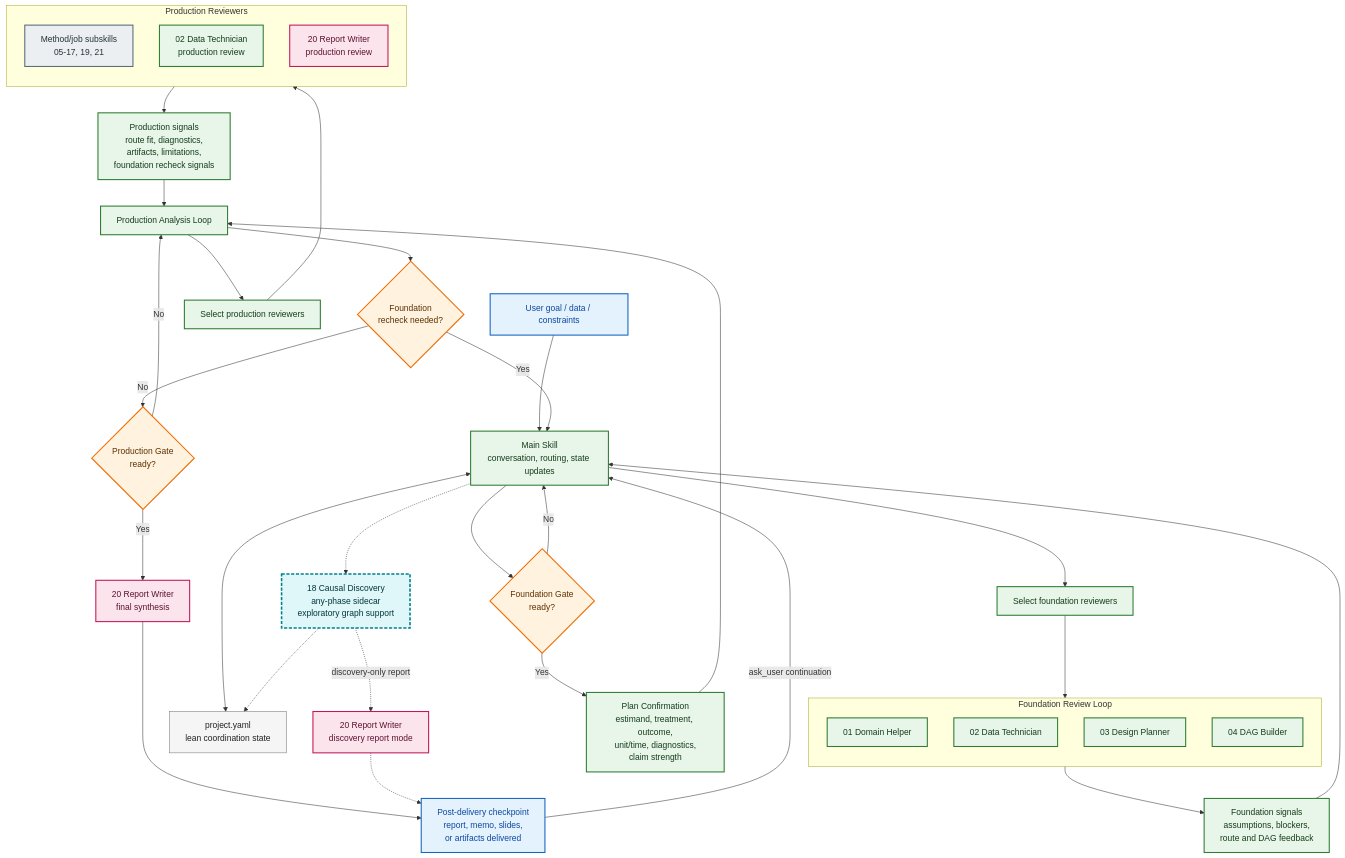
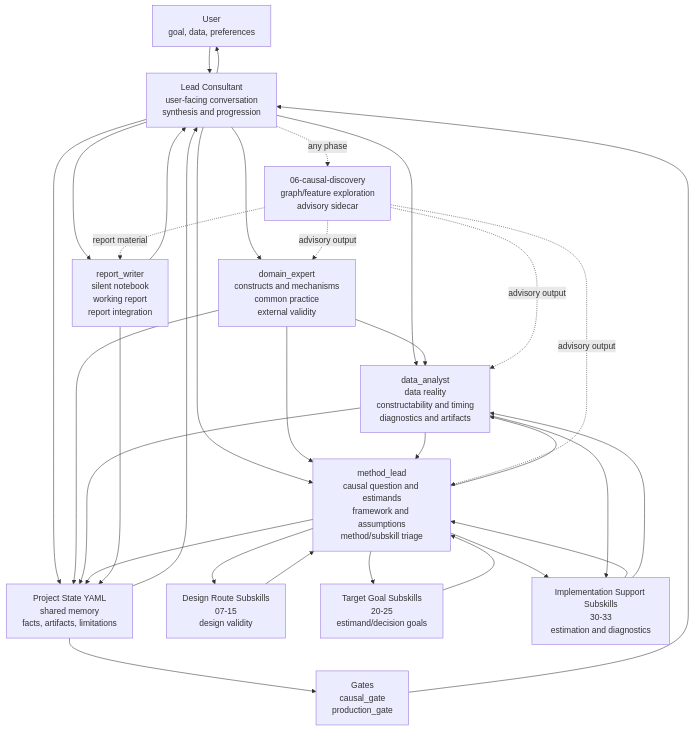
One commit to rqzhu-aide/causal-consultant changed the diagram in assets/workflow-mermaid.md. Above: the diagram before and after it, drawn with Mermaid. The commit also changed other lines of this file and 410 other files, not shown here.

Commit message:
Rebuild causal consultant v2 architecture

````diff
--- a/assets/workflow-mermaid.md
+++ b/assets/workflow-mermaid.md
@@ -5,71 +3,53 @@
 ```mermaid
-flowchart TB
-    U["User goal / data / constraints"]
-    M["Main Skill<br/>conversation, routing, state updates"]
-    Y["project.yaml<br/>lean coordination state"]
+flowchart TD
+    user["User<br/>goal, data, preferences"]
+    lead["Lead Consultant<br/>user-facing conversation<br/>synthesis and progression"]
+    state["Project State YAML<br/>shared memory<br/>facts, artifacts, limitations"]
+    domain["domain_expert<br/>constructs and mechanisms<br/>common practice<br/>external validity"]
+    data["data_analyst<br/>data reality<br/>constructability and timing<br/>diagnostics and artifacts"]
+    method["method_lead<br/>causal question and estimands<br/>framework and assumptions<br/>method/subskill triage"]
+    writer["report_writer<br/>silent notebook<br/>working report<br/>report integration"]
+    discovery["06-causal-discovery<br/>graph/feature exploration<br/>advisory sidecar"]
+    design["Design Route Subskills<br/>07-15<br/>design validity"]
+    target["Target Goal Subskills<br/>20-25<br/>estimand/decision goals"]
+    support["Implementation Support Subskills<br/>30-33<br/>estimation and diagnostics"]
+    gates["Gates<br/>causal_gate<br/>production_gate"]
 
-    U --> M
-    M <--> Y
-    M -.-> CD["18 Causal Discovery<br/>any-phase sidecar<br/>exploratory graph support"]
-    CD -.-> Y
-    CD -.->|"discovery-only report"| DRW["20 Report Writer<br/>discovery report mode"]
+    user --> lead
+    lead --> state
+    state --> lead
 
-    M --> FSEL["Select foundation reviewers"]
+    lead --> domain
+    domain --> state
+    lead --> data
+    data --> state
+    lead --> method
+    method --> state
+    lead --> writer
+    writer --> state
 
-    subgraph F["Foundation Review Loop"]
-        direction TB
-        DH["01 Domain Helper"]
-        DT["02 Data Technician"]
-        DP["03 Design Planner"]
-        DAG["04 DAG Builder"]
-    end
+    domain --> data
+    domain --> method
+    data --> method
+    method --> data
 
-    FSEL --> F
-    F --> FS["Foundation signals<br/>assumptions, blockers,<br/>route and DAG feedback"]
-    FS --> M
+    method --> design
+    design --> method
+    method --> target
+    target --> method
+    method --> support
+    data --> support
+    support --> method
+    support --> data
 
-    M --> FG{"Foundation Gate<br/>ready?"}
-    FG -->|"No"| M
-    FG -->|"Yes"| PC["Plan Confirmation<br/>estimand, treatment, outcome,<br/>unit/time, diagnostics,<br/>claim strength"]
+    lead -. any phase .-> discovery
+    discovery -. advisory output .-> domain
+    discovery -. advisory output .-> data
+    discovery -. advisory output .-> method
+    discovery -. report material .-> writer
 
-    PC --> PA["Production Analysis Loop"]
-    PA --> PSEL["Select production reviewers"]
-
-    subgraph P["Production Reviewers"]
-        direction TB
-        MJ["Method/job subskills<br/>05-17, 19, 21"]
-        DT2["02 Data Technician<br/>production review"]
-        RW2["20 Report Writer<br/>production review"]
-    end
-
-    PSEL --> P
-    P --> PS["Production signals<br/>route fit, diagnostics,<br/>artifacts, limitations,<br/>foundation recheck signals"]
-    PS --> PA
-
-    PA --> FR{"Foundation<br/>recheck needed?"}
-    FR -->|"Yes"| M
-    FR -->|"No"| PG{"Production Gate<br/>ready?"}
-
-    PG -->|"No"| PA
-    PG -->|"Yes"| RW["20 Report Writer<br/>final synthesis"]
-
-    RW --> D["Post-delivery checkpoint<br/>report, memo, slides,<br/>or artifacts delivered"]
-    DRW -.-> D
-    D -->|"ask_user continuation"| M
-
-    classDef user fill:#E3F2FD,stroke:#1565C0,color:#0D47A1,stroke-width:2px;
-    classDef gate fill:#FFF3E0,stroke:#EF6C00,color:#5D3000,stroke-width:2px;
-    classDef keyskill fill:#E8F5E9,stroke:#2E7D32,color:#143D1B,stroke-width:2px;
-    classDef sidecar fill:#E0F7FA,stroke:#00838F,color:#00363A,stroke-width:3px,stroke-dasharray: 6 3;
-    classDef method fill:#ECEFF1,stroke:#546E7A,color:#263238,stroke-width:2px;
-    classDef report fill:#FCE4EC,stroke:#C2185B,color:#5C1230,stroke-width:2px;
-    classDef state fill:#F5F5F5,stroke:#757575,color:#212121,stroke-width:1px;
-
-    class U,D user;
-    class FG,FR,PG gate;
-    class M,DH,DT,DP,DAG,DT2,FSEL,FS,PC,PA,PSEL,PS keyskill;
-    class CD sidecar;
-    class MJ method;
-    class RW2,RW,DRW report;
-    class Y state;
+    state --> gates
+    gates --> lead
+    writer --> lead
+    lead --> user
 ```
````
